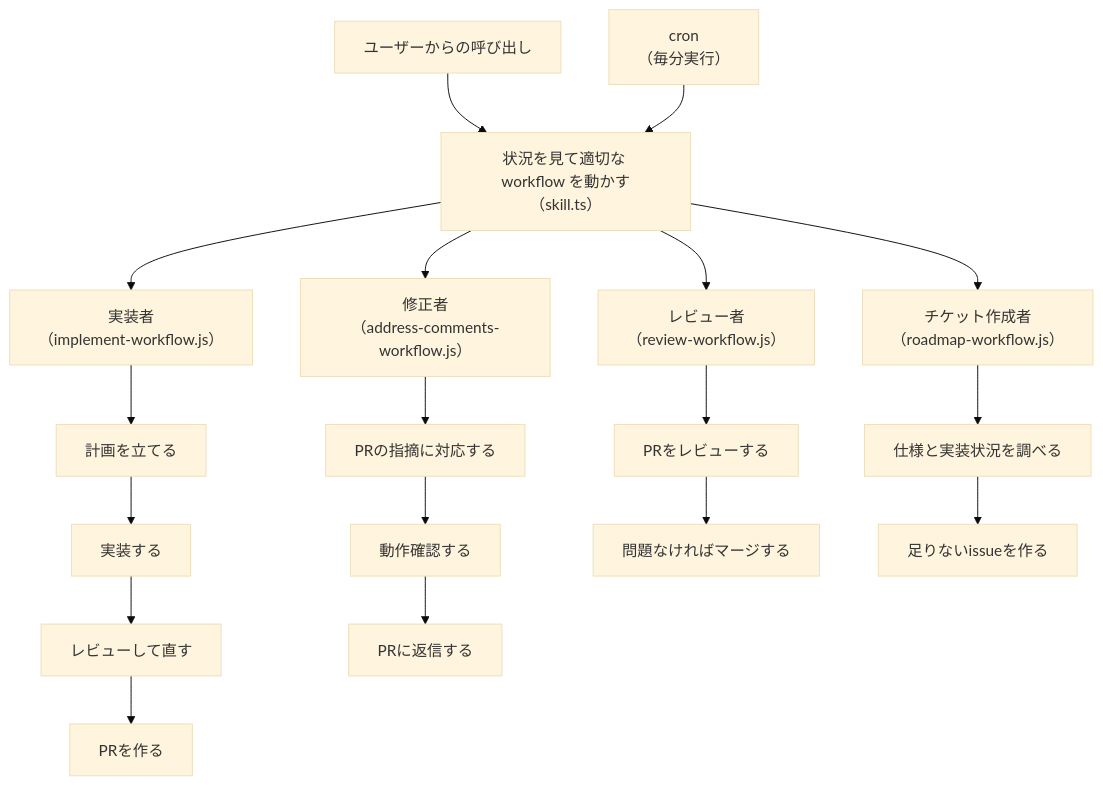
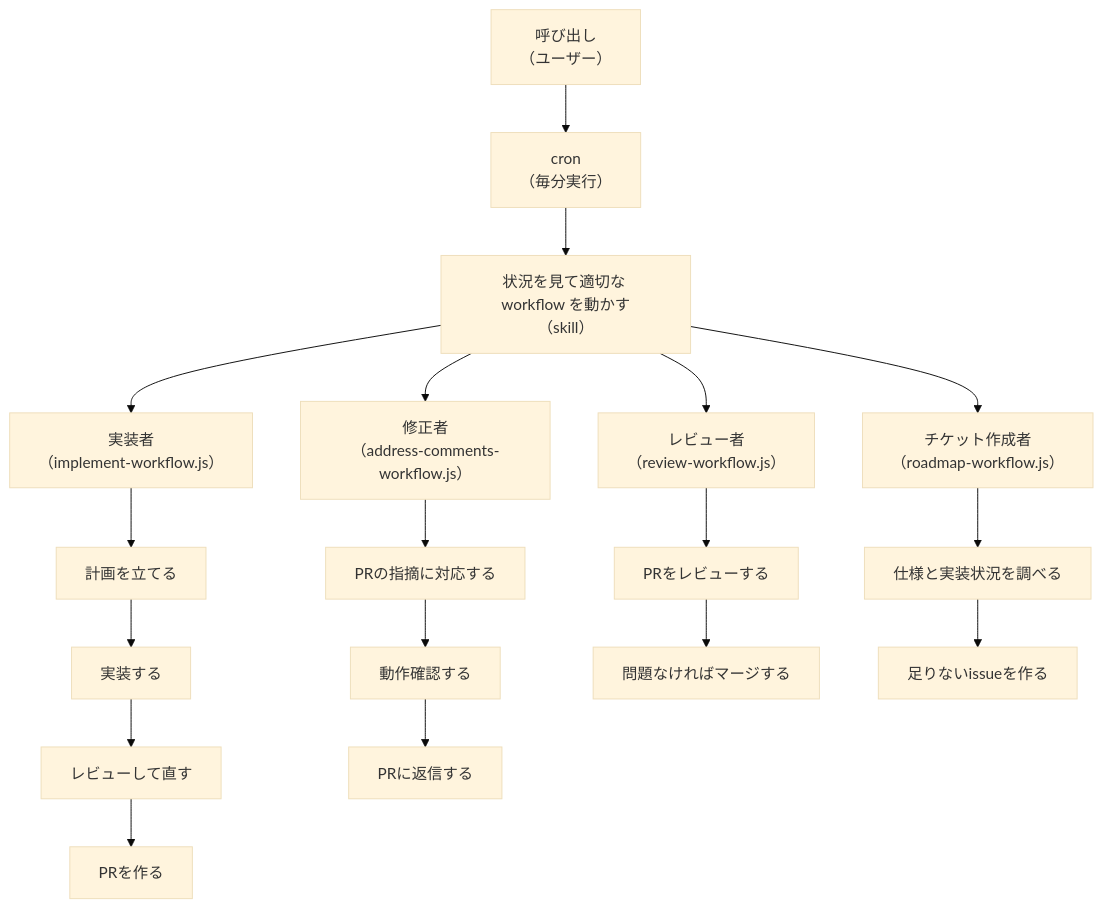
Before and after one commit to skbnzs09vbq/cc: the diagram in docs/workflow.md, drawn with Mermaid (base theme). The commit also changed other lines of this file, not shown here.

First line of the commit message:
docs: rework workflow.md's API/benefits explanations and diagram

````diff
--- a/docs/workflow.md
+++ b/docs/workflow.md
@@ -166,17 +105,17 @@
 ```mermaid
 flowchart TD
-    UserPrompt["ユーザーからの呼び出し"] --> SkillTs
-    Cron["cron<br/>（毎分実行）"] --> SkillTs["状況を見て適切な workflow を動かす<br/>（skill.ts）"]
+    UserPrompt["呼び出し<br/>（ユーザー）"] --> Cron["cron<br/>（毎分実行）"]
+    Cron --> SkillTs["状況を見て適切な workflow を動かす<br/>（skill）"]
 
     SkillTs --> IW0["実装者<br/>（implement-workflow.js）"]
     IW0 --> IW1[計画を立てる] --> IW2[実装する] --> IW3[レビューして直す] --> IW4[PRを作る]
 
     SkillTs --> PC0["修正者<br/>（address-comments-workflow.js）"]
     PC0 --> PC1[PRの指摘に対応する] --> PC2[動作確認する] --> PC3[PRに返信する]
 
     SkillTs --> PR0["レビュー者<br/>（review-workflow.js）"]
     PR0 --> PR1[PRをレビューする] --> PR2[問題なければマージする]
 
     SkillTs --> DW0["チケット作成者<br/>（roadmap-workflow.js）"]
     DW0 --> DW1[仕様と実装状況を調べる] --> DW2[足りないissueを作る]
 ```
````
